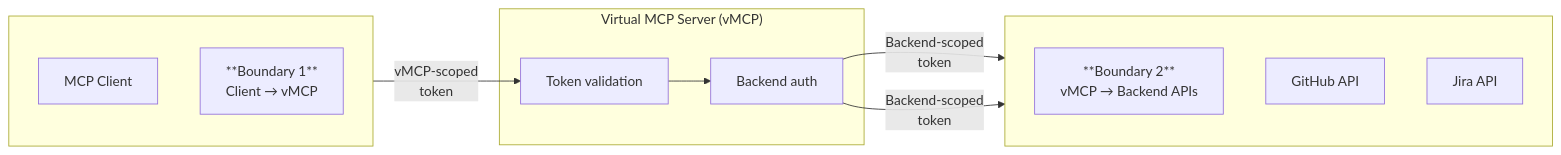
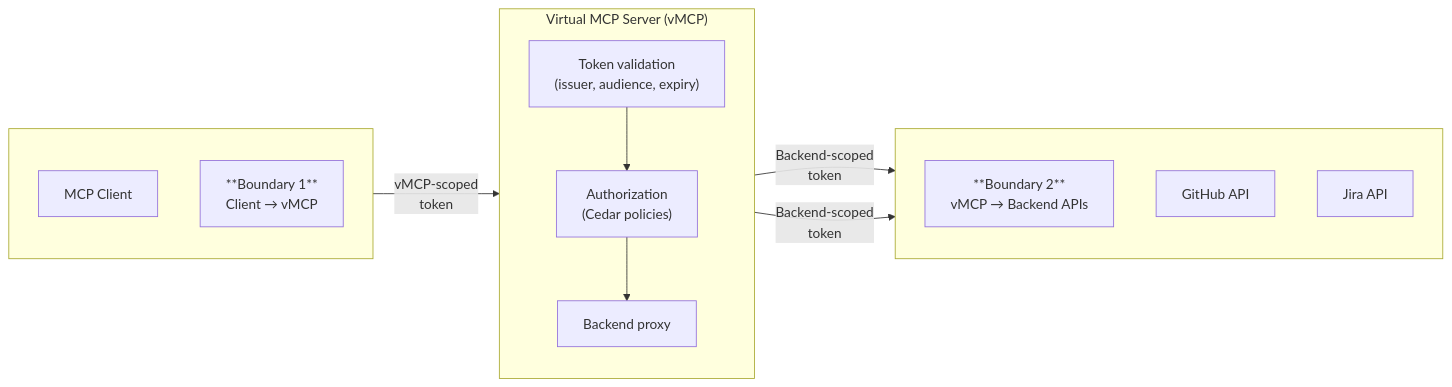
The first of 2 diagrams in docs/toolhive/guides-vmcp/authentication.mdx (stacklok/docs-website), drawn with Mermaid before and after one commit. The commit also changed other lines of this file, not shown here.

First line of the commit message:
Expand vMCP two-boundary auth diagram and descriptions

````diff
--- a/docs/toolhive/guides-vmcp/authentication.mdx
+++ b/docs/toolhive/guides-vmcp/authentication.mdx
@@ -12,25 +12,27 @@
 ```mermaid
 flowchart LR
     subgraph Boundary1[" "]
         direction TB
         Client[MCP Client]
         B1Label["**Boundary 1**<br>Client → vMCP"]
     end
 
     subgraph vMCP["Virtual MCP Server (vMCP)"]
-        Auth[Token validation]
-        Backend[Backend auth]
+        direction TB
+        Auth["Token validation<br>(issuer, audience, expiry)"]
+        Authz["Authorization<br>(Cedar policies)"]
+        Proxy[Backend proxy]
+        Auth --> Authz --> Proxy
     end
 
     subgraph Boundary2[" "]
         direction TB
         B2Label["**Boundary 2**<br>vMCP → Backend APIs"]
         GitHub[GitHub API]
         Jira[Jira API]
     end
 
     Client -->|"vMCP-scoped<br>token"| Auth
-    Auth --> Backend
-    Backend -->|"Backend-scoped<br>token"| GitHub
-    Backend -->|"Backend-scoped<br>token"| Jira
+    Proxy -->|"Backend-scoped<br>token"| GitHub
+    Proxy -->|"Backend-scoped<br>token"| Jira
 ```
````
